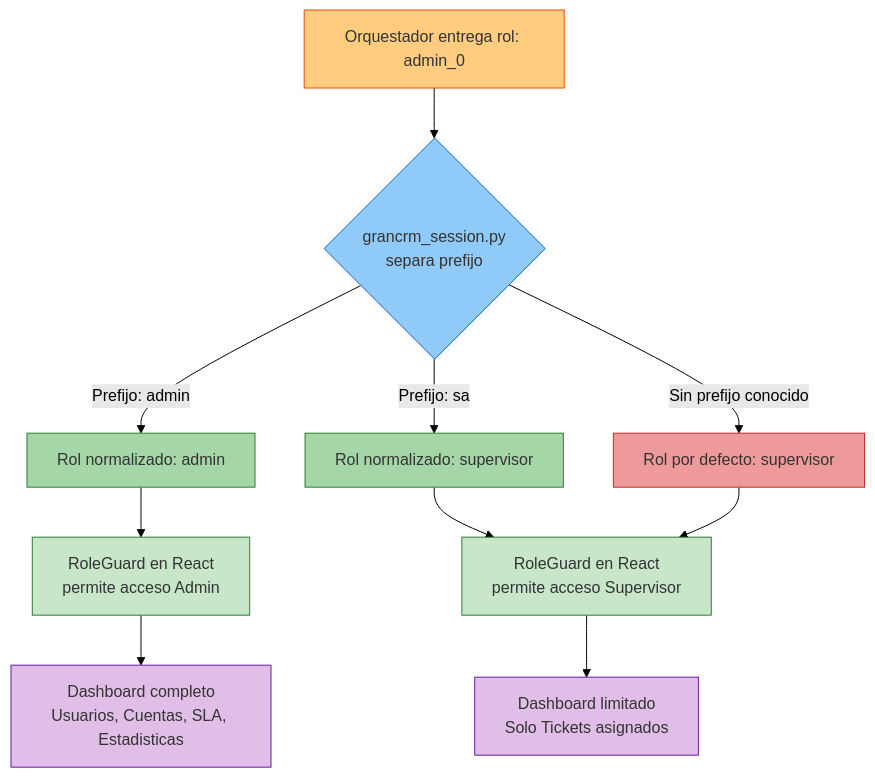
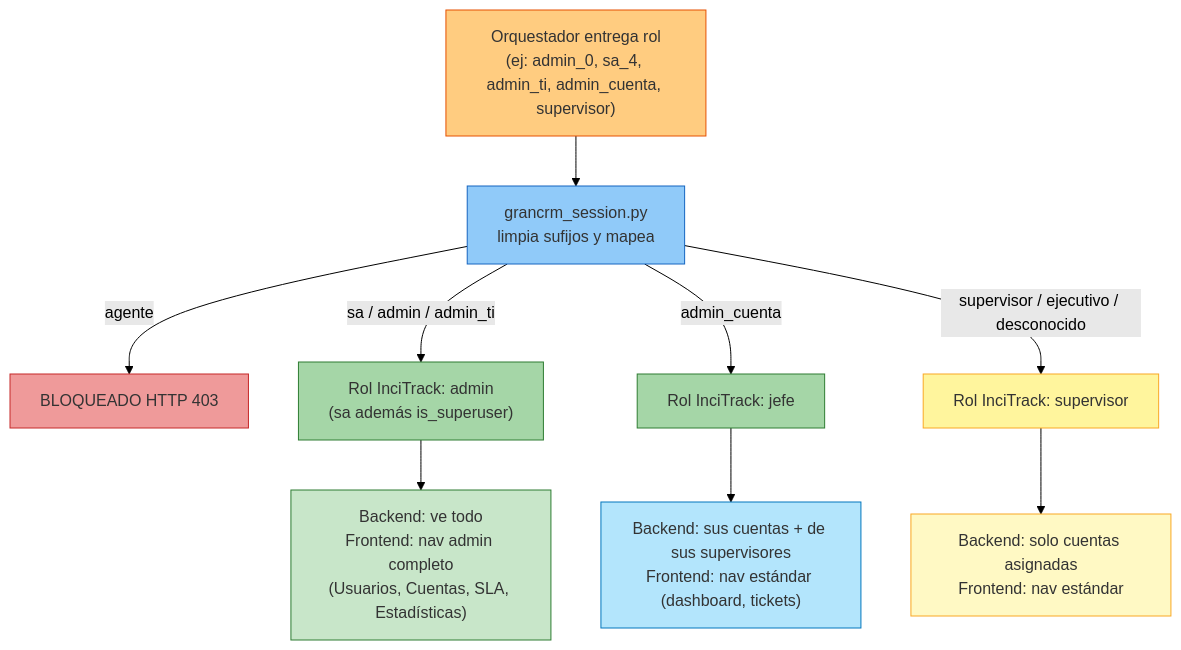
The sixth of 6 diagrams in arquitectura_incitrack.md (mauriciojilabert-svg/GranCrmEcosystem), drawn with Mermaid (forest theme) before and after one commit. The commit also changed other lines of this file and 5 other files, not shown here.

````diff
--- a/arquitectura_incitrack.md
+++ b/arquitectura_incitrack.md
@@ -196,24 +344,22 @@
 ```mermaid
 flowchart TD
-    A["Orquestador entrega rol: admin_0"] --> B{"grancrm_session.py<br/>separa prefijo"}
-    B -->|"Prefijo: admin"| C["Rol normalizado: admin"]
-    B -->|"Prefijo: sa"| D["Rol normalizado: supervisor"]
-    B -->|"Sin prefijo conocido"| E["Rol por defecto: supervisor"]
+    A["Orquestador entrega rol<br/>(ej: admin_0, sa_4, admin_ti, admin_cuenta, supervisor)"] --> B["grancrm_session.py<br/>limpia sufijos y mapea"]
+    B -->|"agente"| X["BLOQUEADO HTTP 403"]
+    B -->|"sa / admin / admin_ti"| C["Rol InciTrack: admin<br/>(sa además is_superuser)"]
+    B -->|"admin_cuenta"| D["Rol InciTrack: jefe"]
+    B -->|"supervisor / ejecutivo / desconocido"| E["Rol InciTrack: supervisor"]
 
-    C --> F["RoleGuard en React<br/>permite acceso Admin"]
-    D --> G["RoleGuard en React<br/>permite acceso Supervisor"]
-    E --> G
-
-    F --> H["Dashboard completo<br/>Usuarios, Cuentas, SLA, Estadisticas"]
-    G --> I["Dashboard limitado<br/>Solo Tickets asignados"]
+    C --> F["Backend: ve todo<br/>Frontend: nav admin completo<br/>(Usuarios, Cuentas, SLA, Estadísticas)"]
+    D --> G["Backend: sus cuentas + de sus supervisores<br/>Frontend: nav estándar (dashboard, tickets)"]
+    E --> H["Backend: solo cuentas asignadas<br/>Frontend: nav estándar"]
 
     style A fill:#ffcc80,stroke:#e65100,color:#333
     style B fill:#90caf9,stroke:#1565c0,color:#333
+    style X fill:#ef9a9a,stroke:#c62828,color:#333
     style C fill:#a5d6a7,stroke:#2e7d32,color:#333
     style D fill:#a5d6a7,stroke:#2e7d32,color:#333
-    style E fill:#ef9a9a,stroke:#c62828,color:#333
+    style E fill:#fff59d,stroke:#f9a825,color:#333
     style F fill:#c8e6c9,stroke:#2e7d32,color:#333
-    style G fill:#c8e6c9,stroke:#2e7d32,color:#333
-    style H fill:#e1bee7,stroke:#6a1b9a,color:#333
-    style I fill:#e1bee7,stroke:#6a1b9a,color:#333
+    style G fill:#b3e5fc,stroke:#0277bd,color:#333
+    style H fill:#fff9c4,stroke:#f9a825,color:#333
 ```
````
